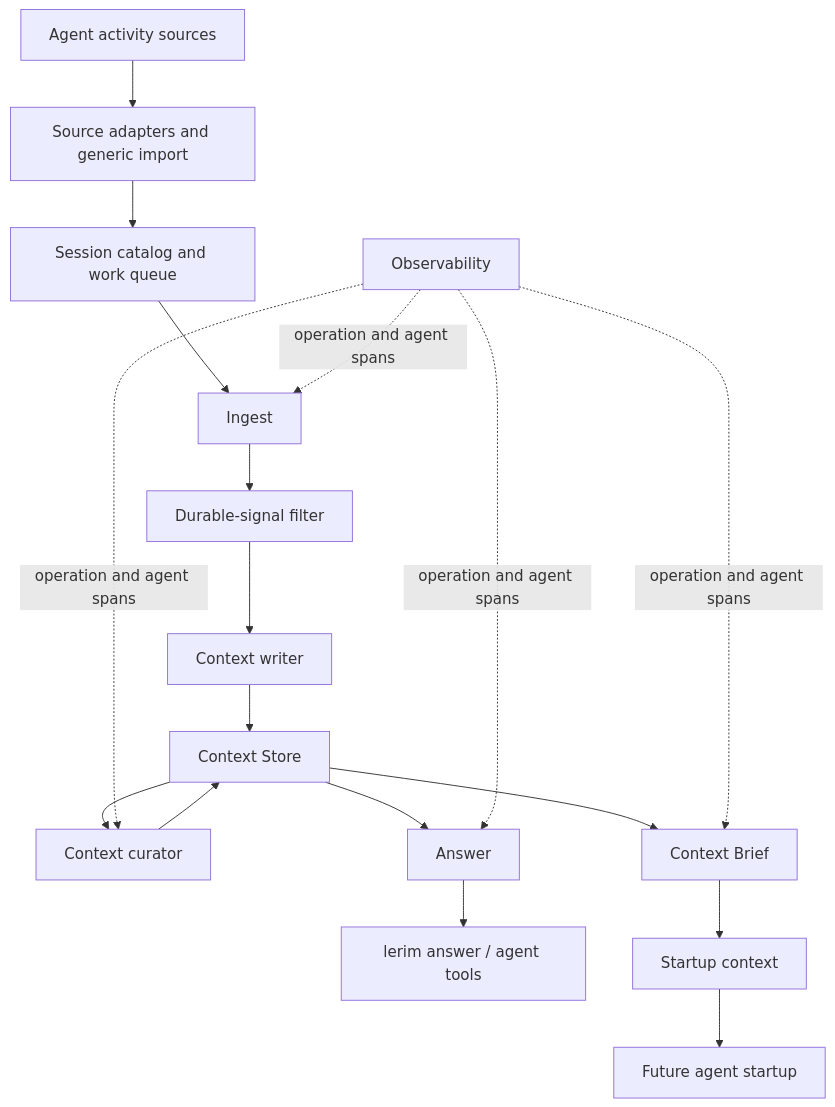
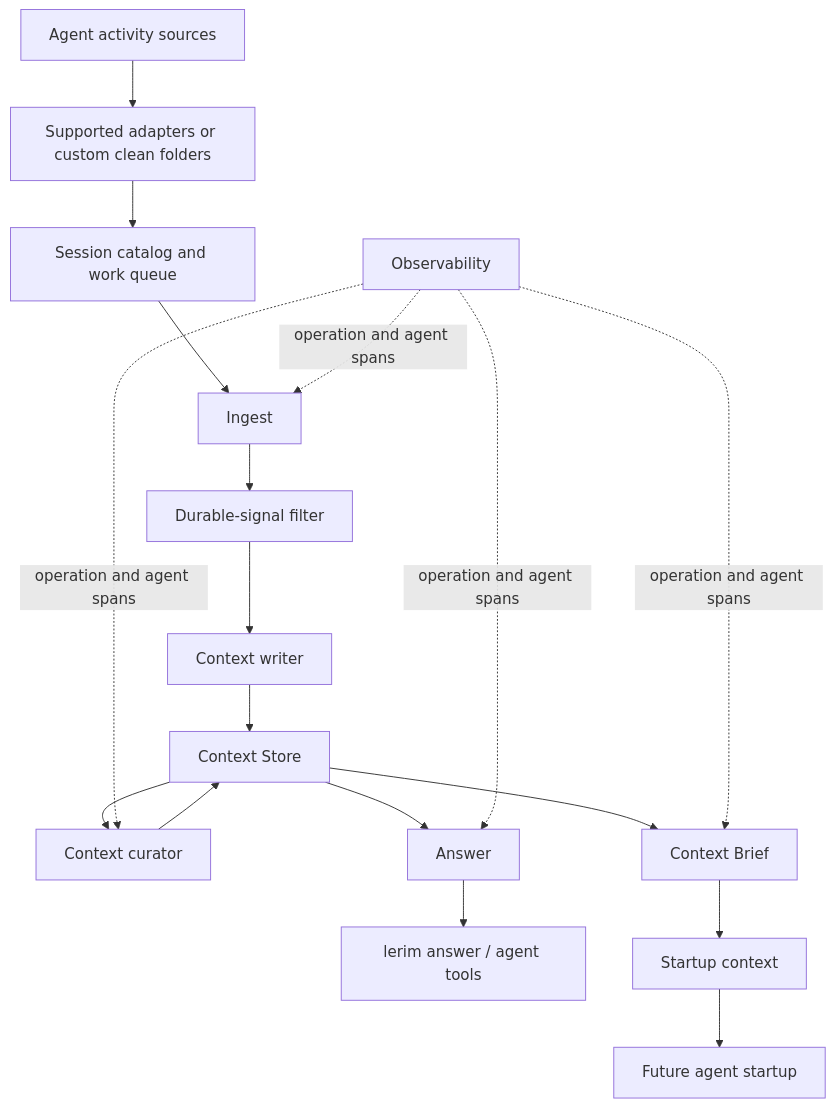
The first of 2 diagrams in docs/concepts/how-it-works.md (lerim-dev/lerim), drawn with Mermaid before and after one commit. The commit also changed other lines of this file and 37 other files, not shown here.

````diff
--- a/docs/concepts/how-it-works.md
+++ b/docs/concepts/how-it-works.md
@@ -26,24 +26,24 @@
 ```mermaid
 flowchart TD
-    A["Agent activity sources"] --> B["Source adapters and generic import"]
+    A["Agent activity sources"] --> B["Supported adapters or custom clean folders"]
     B --> C["Session catalog and work queue"]
     C --> D["Ingest"]
     D --> E["Durable-signal filter"]
     E --> F["Context writer"]
     F --> G["Context Store"]
 
     G --> H["Context curator"]
     H --> G
 
     G --> I["Answer"]
     I --> J["lerim answer / agent tools"]
 
     G --> K["Context Brief"]
     K --> L["Startup context"]
     L --> M["Future agent startup"]
 
     N["Observability"] -. "operation and agent spans" .-> D
     N -. "operation and agent spans" .-> H
     N -. "operation and agent spans" .-> I
     N -. "operation and agent spans" .-> K
 ```
````
